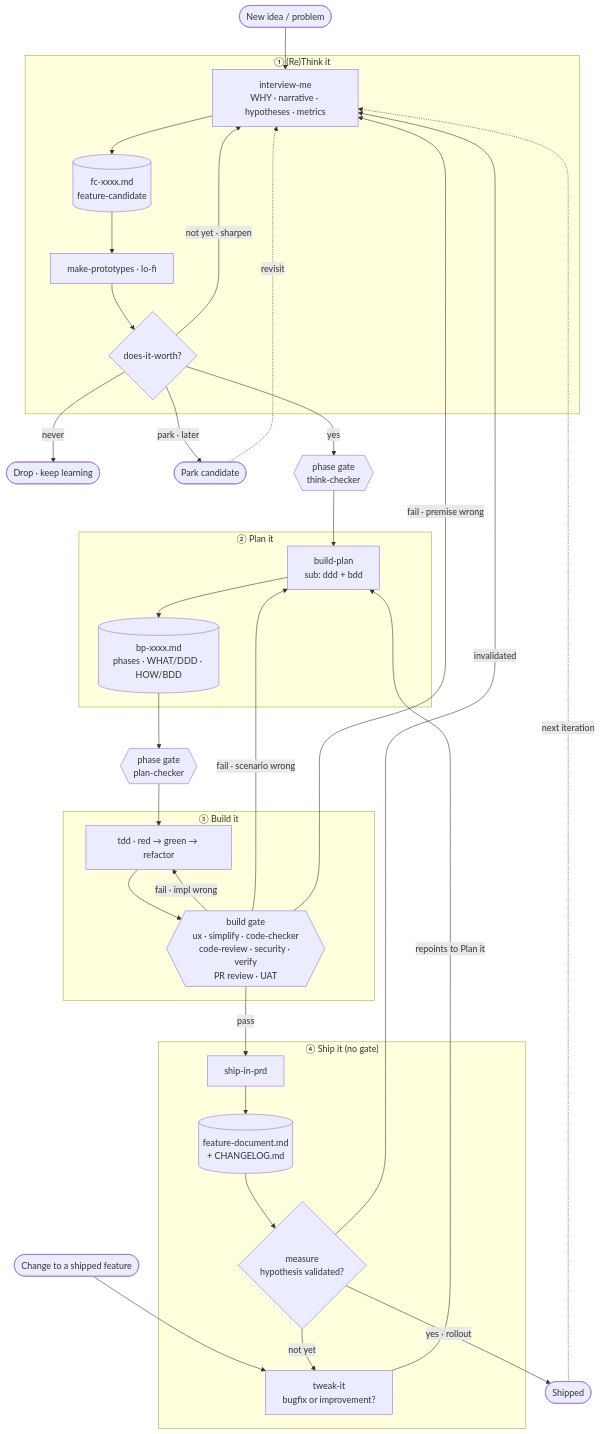
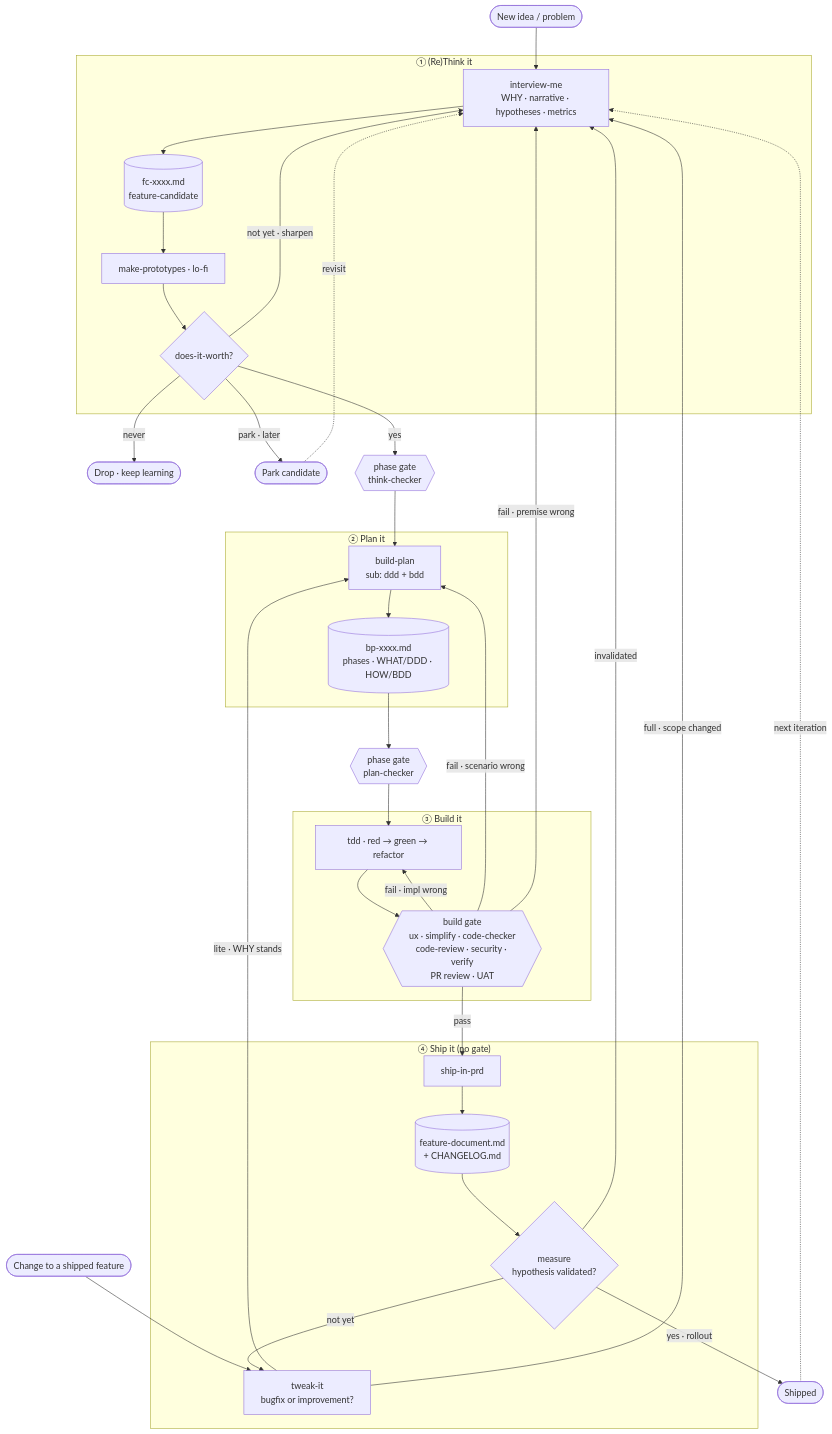
The second of 2 diagrams in _brainstorm.md (giovannibeltrame/buildloop), drawn with Mermaid before and after one commit. The commit also changed other lines of this file, not shown here.

````diff
--- a/_brainstorm.md
+++ b/_brainstorm.md
@@ -91,46 +124,47 @@
 ```mermaid
 flowchart TD
     NEW([New idea / problem]) --> IM
     CHG([Change to a shipped feature]) --> TI
 
     subgraph RT["① (Re)Think it"]
         IM[interview-me<br/>WHY · narrative · hypotheses · metrics] --> FC[(fc-xxxx.md<br/>feature-candidate)]
         FC --> MP[make-prototypes · lo-fi]
         MP --> DIW{does-it-worth?}
     end
 
     DIW -->|never| DROP([Drop · keep learning])
     DIW -->|not yet · sharpen| IM
     DIW -->|park · later| PARK([Park candidate])
     DIW -->|yes| TKC{{phase gate<br/>think-checker}}
     PARK -.revisit.-> IM
 
     TKC --> BPL
 
     subgraph PL["② Plan it"]
         BPL[build-plan<br/>sub: ddd + bdd] --> BP[(bp-xxxx.md<br/>phases · WHAT/DDD · HOW/BDD)]
     end
 
     BP --> PLC{{phase gate<br/>plan-checker}}
     PLC --> TDD
 
     subgraph BT["③ Build it"]
         TDD[tdd · red → green → refactor] --> BG{{build gate<br/>ux · simplify · code-checker<br/>code-review · security · verify<br/>PR review · UAT}}
         BG -->|fail · impl wrong| TDD
     end
 
     BG -->|fail · scenario wrong| BPL
     BG -->|fail · premise wrong| IM
     BG -->|pass| BIP
 
     subgraph SH["④ Ship it (no gate)"]
         BIP[ship-in-prd] --> FD[(feature-document.md<br/>+ CHANGELOG.md)]
         FD --> MEAS{measure<br/>hypothesis validated?}
         MEAS -->|not yet| TI[tweak-it<br/>bugfix or improvement?]
     end
 
     MEAS -->|yes · rollout| DONE([Shipped])
     MEAS -->|invalidated| IM
-    TI -->|repoints to Plan it| BPL
+    TI -->|lite · WHY stands| BPL
+    TI -->|full · scope changed| IM
     DONE -.next iteration.-> IM
 ```
````
